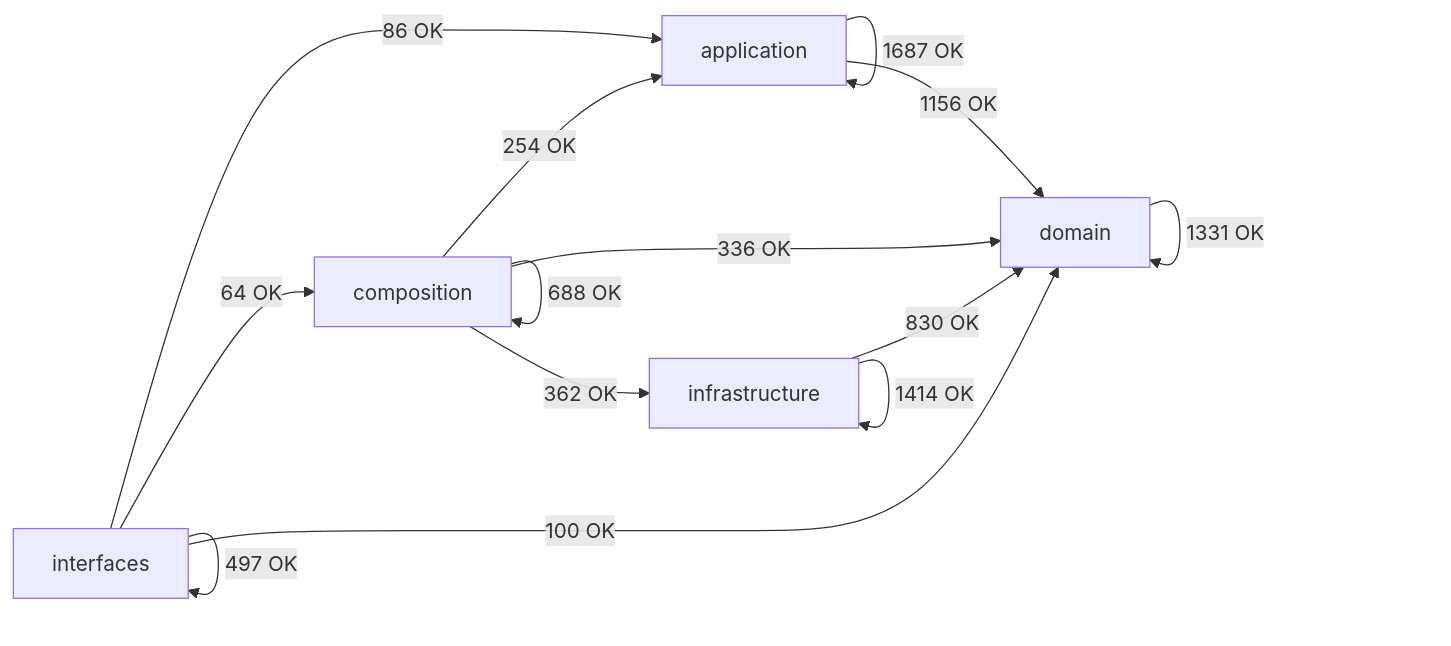
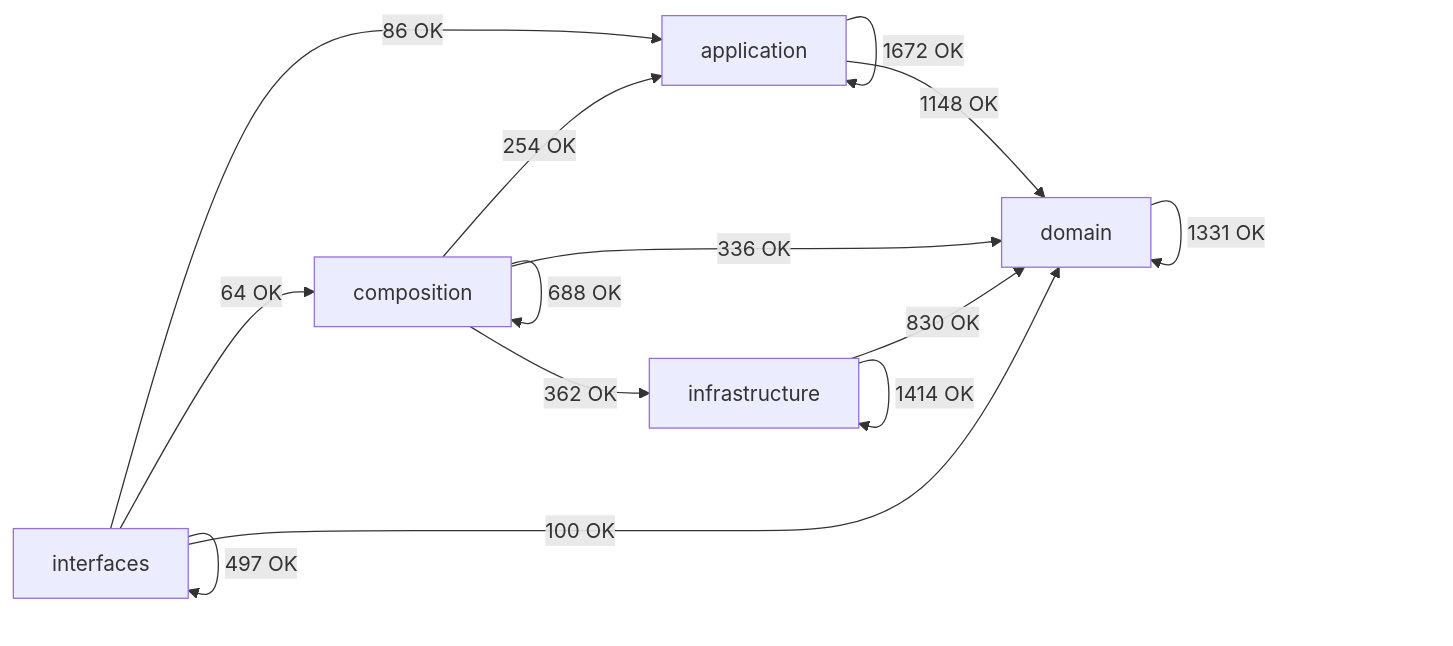
One commit to SatoryKono/BioactivityDataAcquisition changed the diagram in docs/02-architecture/generated/module-dependency-map.md. Above: the diagram before and after it, drawn with Mermaid. The commit also changed other lines of this file and 93 other files, not shown here.

````diff
--- a/docs/02-architecture/generated/module-dependency-map.md
+++ b/docs/02-architecture/generated/module-dependency-map.md
@@ -17,21 +17,21 @@
 ```mermaid
 flowchart LR
     domain[domain]
     application[application]
     infrastructure[infrastructure]
     composition[composition]
     interfaces[interfaces]
-    application -->|1687 OK| application
-    application -->|1156 OK| domain
+    application -->|1672 OK| application
+    application -->|1148 OK| domain
     composition -->|254 OK| application
     composition -->|688 OK| composition
     composition -->|336 OK| domain
     composition -->|362 OK| infrastructure
     domain -->|1331 OK| domain
     infrastructure -->|830 OK| domain
     infrastructure -->|1414 OK| infrastructure
     interfaces -->|86 OK| application
     interfaces -->|64 OK| composition
     interfaces -->|100 OK| domain
     interfaces -->|497 OK| interfaces
 ```
````
